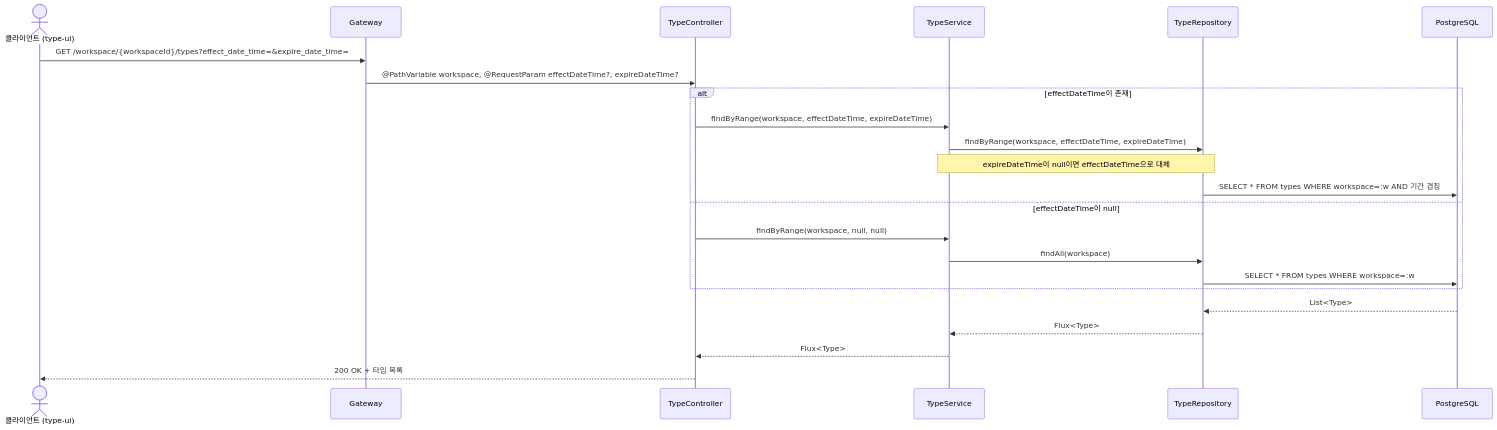
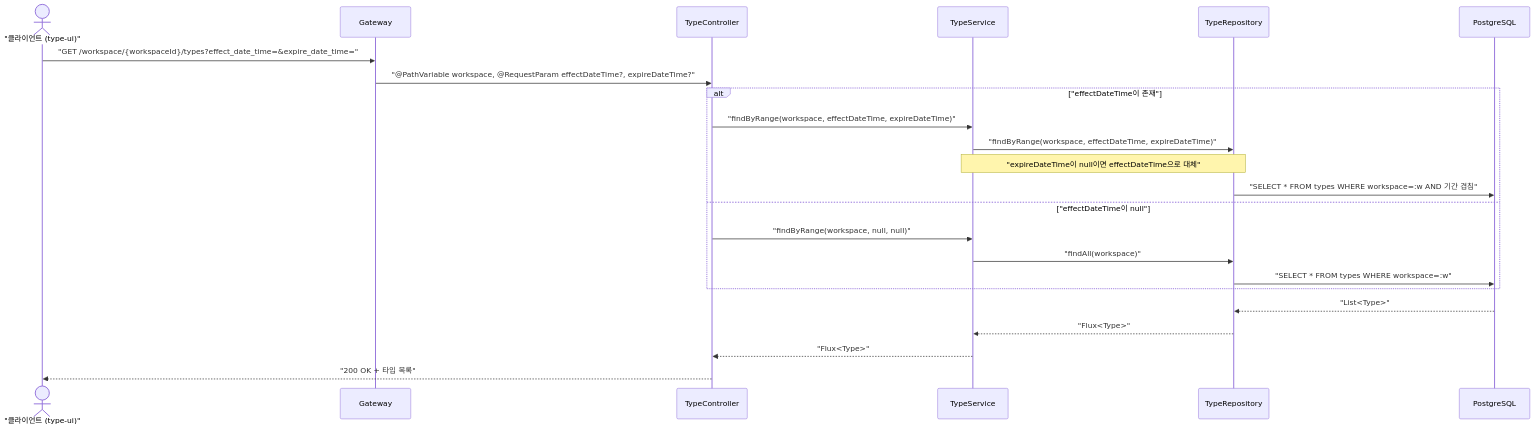
The first of 3 diagrams in search-type/USECASE.md (sayaya1090/handbook), drawn with Mermaid before and after one commit. The commit also changed other lines of this file and 22 other files, not shown here.

First line of the commit message:
docs: Mermaid 다이어그램 렌더링 오류 수정을 위한 구문 전수 교정

````diff
--- a/search-type/USECASE.md
+++ b/search-type/USECASE.md
@@ -5,26 +5,26 @@
 ```mermaid
 sequenceDiagram
-    actor Client as 클라이언트 (type-ui)
+    actor Client as "클라이언트 (type-ui)"
     participant GW as Gateway
     participant Ctrl as TypeController
     participant Svc as TypeService
     participant Repo as TypeRepository
     participant DB as PostgreSQL
 
-    Client->>GW: GET /workspace/{workspaceId}/types?effect_date_time=&expire_date_time=
-    GW->>Ctrl: @PathVariable workspace, @RequestParam effectDateTime?, expireDateTime?
-    alt effectDateTime이 존재
-        Ctrl->>Svc: findByRange(workspace, effectDateTime, expireDateTime)
-        Svc->>Repo: findByRange(workspace, effectDateTime, expireDateTime)
-        Note over Svc,Repo: expireDateTime이 null이면 effectDateTime으로 대체
-        Repo->>DB: SELECT * FROM types WHERE workspace=:w AND 기간 겹침
-    else effectDateTime이 null
-        Ctrl->>Svc: findByRange(workspace, null, null)
-        Svc->>Repo: findAll(workspace)
-        Repo->>DB: SELECT * FROM types WHERE workspace=:w
+    Client->>GW: "GET /workspace/{workspaceId}/types?effect_date_time=&expire_date_time="
+    GW->>Ctrl: "@PathVariable workspace, @RequestParam effectDateTime?, expireDateTime?"
+    alt "effectDateTime이 존재"
+        Ctrl->>Svc: "findByRange(workspace, effectDateTime, expireDateTime)"
+        Svc->>Repo: "findByRange(workspace, effectDateTime, expireDateTime)"
+        Note over Svc,Repo: "expireDateTime이 null이면 effectDateTime으로 대체"
+        Repo->>DB: "SELECT * FROM types WHERE workspace=:w AND 기간 겹침"
+    else "effectDateTime이 null"
+        Ctrl->>Svc: "findByRange(workspace, null, null)"
+        Svc->>Repo: "findAll(workspace)"
+        Repo->>DB: "SELECT * FROM types WHERE workspace=:w"
     end
-    DB-->>Repo: List<Type>
-    Repo-->>Svc: Flux<Type>
-    Svc-->>Ctrl: Flux<Type>
-    Ctrl-->>Client: 200 OK + 타입 목록
+    DB-->>Repo: "List<Type>"
+    Repo-->>Svc: "Flux<Type>"
+    Svc-->>Ctrl: "Flux<Type>"
+    Ctrl-->>Client: "200 OK + 타입 목록"
 ```
````
